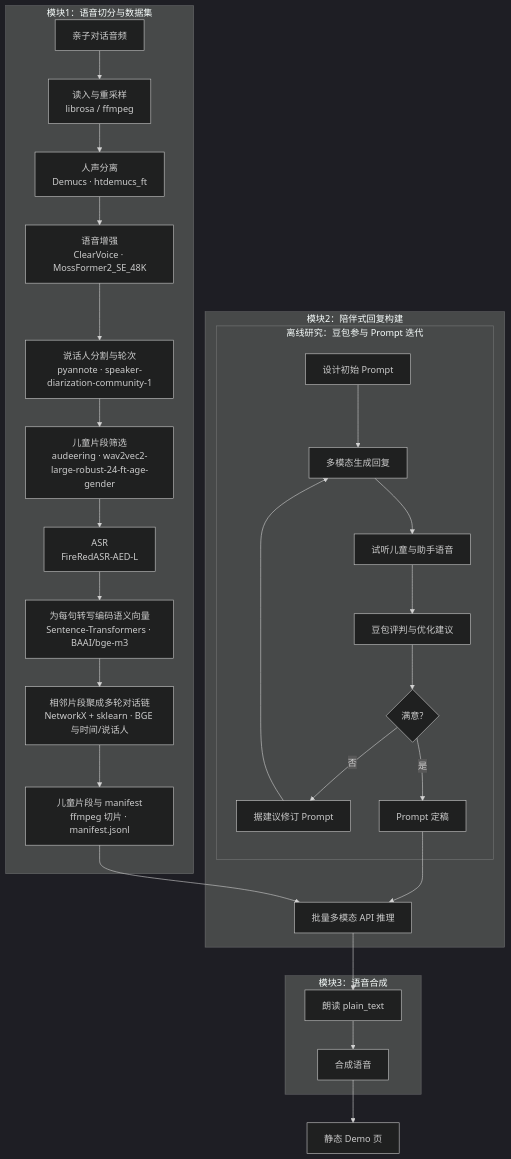
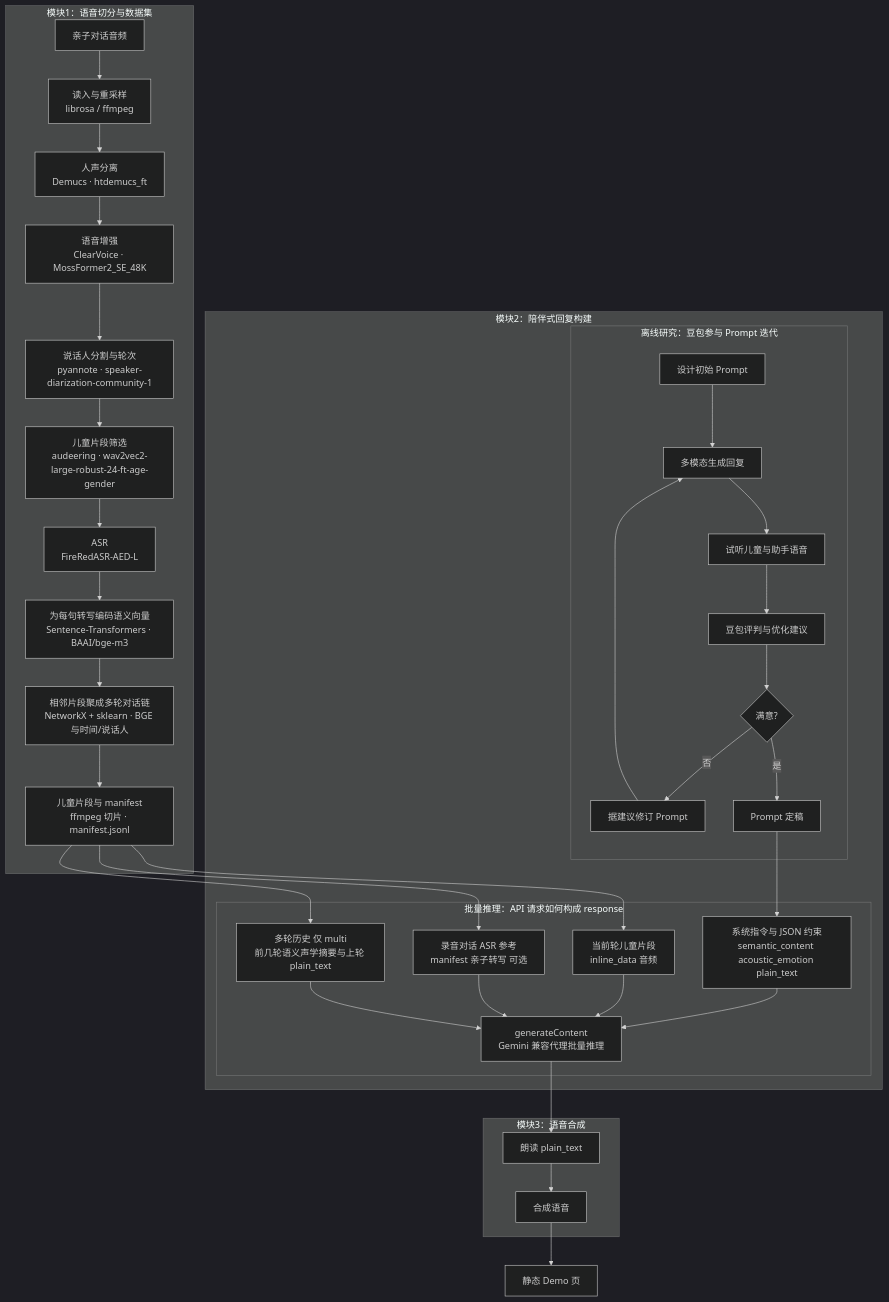
Before and after one commit to auto-chao/Children-Companion-Scenario-Pipeline: the diagram in README.md, drawn with Mermaid (dark theme). The commit also changed other lines of this file and 2 other files, not shown here.

````diff
--- a/README.md
+++ b/README.md
@@ -106,36 +106,49 @@
 ```mermaid
 flowchart TB
   subgraph mod_seg [模块1：语音切分与数据集]
     s1[亲子对话音频] --> m_load["读入与重采样<br/>librosa / ffmpeg"]
     m_load --> m_demucs["人声分离<br/>Demucs · htdemucs_ft"]
     m_demucs --> m_cv["语音增强<br/>ClearVoice · MossFormer2_SE_48K"]
     m_cv --> m_pya["说话人分割与轮次<br/>pyannote · speaker-diarization-community-1"]
     m_pya --> m_child["儿童片段筛选<br/>audeering · wav2vec2-large-robust-24-ft-age-gender"]
     m_child --> m_asr["ASR<br/>FireRedASR-AED-L"]
     m_asr --> m_bge["为每句转写编码语义向量<br/>Sentence-Transformers · BAAI/bge-m3"]
     m_bge --> m_link["相邻片段聚成多轮对话链<br/>NetworkX + sklearn · BGE 与时间/说话人"]
     m_link --> s2["儿童片段与 manifest<br/>ffmpeg 切片 · manifest.jsonl"]
   end
 
   subgraph mod_resp [模块2：陪伴式回复构建]
     subgraph loop_doubao [离线研究：豆包参与 Prompt 迭代]
       r1[设计初始 Prompt] --> r2[多模态生成回复]
       r2 --> r3[试听儿童与助手语音]
       r3 --> r4[豆包评判与优化建议]
       r4 --> r5{满意?}
       r5 -->|否| r6[据建议修订 Prompt]
       r6 --> r2
       r5 -->|是| r7[Prompt 定稿]
     end
-    r7 --> r8[批量多模态 API 推理]
+    subgraph api_req [批量推理：API 请求如何构成 response]
+      i_audio["当前轮儿童片段<br/>inline_data 音频"]
+      i_sys["系统指令与 JSON 约束<br/>semantic_content acoustic_emotion plain_text"]
+      i_rec["录音对话 ASR 参考<br/>manifest 亲子转写 可选"]
+      i_hist["多轮历史 仅 multi<br/>前几轮语义声学摘要与上轮 plain_text"]
+      r8["generateContent<br/>Gemini 兼容代理批量推理"]
+    end
+    r7 --> i_sys
+    i_sys --> r8
+    s2 --> i_audio
+    s2 --> i_rec
+    s2 --> i_hist
+    i_audio --> r8
+    i_rec --> r8
+    i_hist --> r8
   end
 
   subgraph mod_tts [模块3：语音合成]
     t1[朗读 plain_text] --> t2[合成语音]
   end
 
-  s2 --> r8
   r8 --> t1
   t2 --> d1[静态 Demo 页]
 
 ```
````
